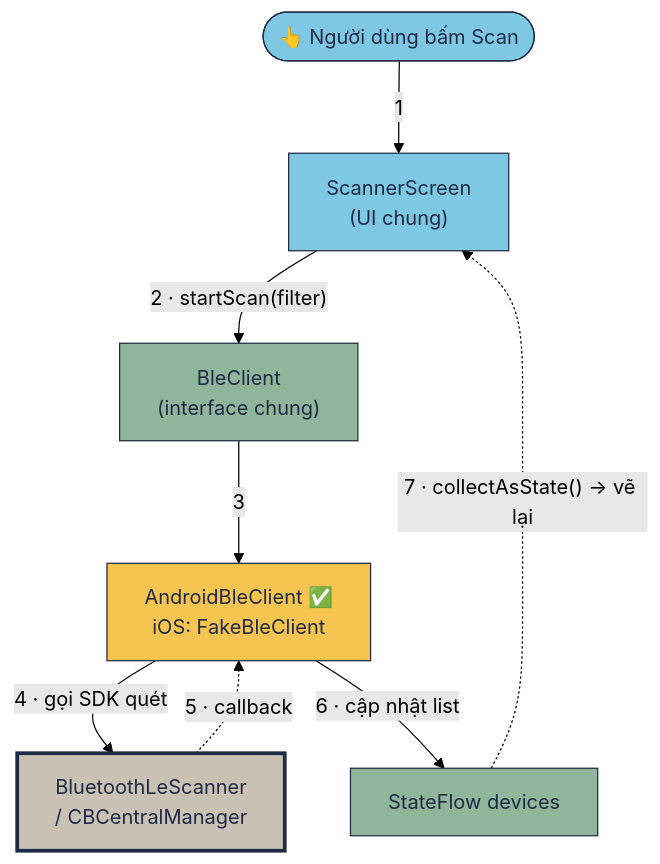
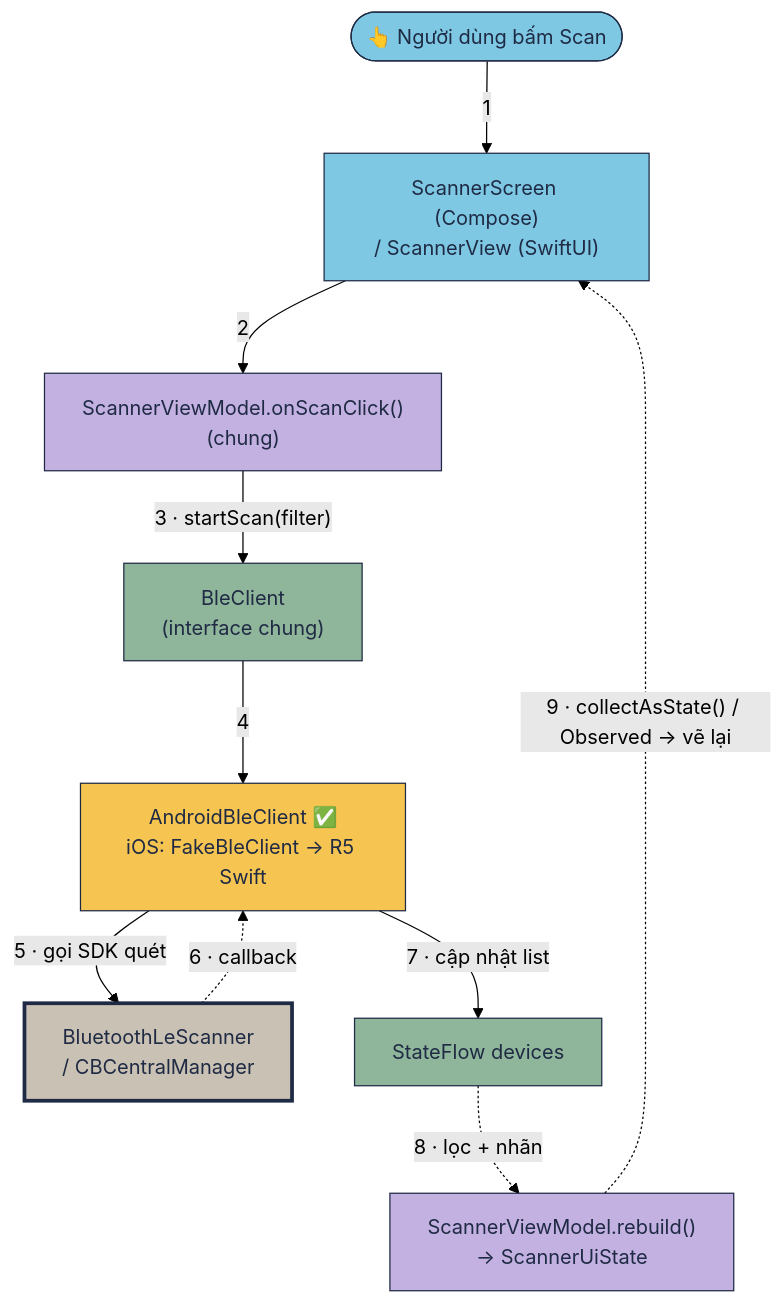
Before and after one commit to tucarmd/kotlin-multi-platform: the fourth of 5 diagrams in docs/README-KMP-HOW-IT-WORKS.md, drawn with Mermaid (forest theme). The commit also changed other lines of this file and 16 other files, not shown here.

First line of the commit message:
docs(site): R6 — docs follow the native-UI architecture (Jetpack Compose · SwiftUI on shared ViewModels)

````diff
--- a/docs/README-KMP-HOW-IT-WORKS.md
+++ b/docs/README-KMP-HOW-IT-WORKS.md
@@ -126,24 +126,30 @@
 ```mermaid
 flowchart TB
     U(["👆 Người dùng bấm Scan"])
-    S["ScannerScreen<br/>(UI chung)"]
+    S["ScannerScreen (Compose)<br/>/ ScannerView (SwiftUI)"]
+    V["ScannerViewModel.onScanClick()<br/>(chung)"]
     B["BleClient<br/>(interface chung)"]
-    I["AndroidBleClient ✅<br/>iOS: FakeBleClient"]
+    I["AndroidBleClient ✅<br/>iOS: FakeBleClient → R5 Swift"]
     SDK["BluetoothLeScanner<br/>/ CBCentralManager"]
     F["StateFlow devices"]
+    ST["ScannerViewModel.rebuild()<br/>→ ScannerUiState"]
     U -- "1" --> S
-    S -- "2 · startScan(filter)" --> B
-    B -- "3" --> I
-    I -- "4 · gọi SDK quét" --> SDK
-    SDK -. "5 · callback" .-> I
-    I -- "6 · cập nhật list" --> F
-    F -. "7 · collectAsState() → vẽ lại" .-> S
+    S -- "2" --> V
+    V -- "3 · startScan(filter)" --> B
+    B -- "4" --> I
+    I -- "5 · gọi SDK quét" --> SDK
+    SDK -. "6 · callback" .-> I
+    I -- "7 · cập nhật list" --> F
+    F -. "8 · lọc + nhãn" .-> ST
+    ST -. "9 · collectAsState() / Observed → vẽ lại" .-> S
     classDef ui fill:#7EC8E3,stroke:#1F2A44,color:#1F2A44
+    classDef vm fill:#C3B1E1,stroke:#1F2A44,color:#1F2A44
     classDef kmp fill:#8FB59A,stroke:#1F2A44,color:#1F2A44
     classDef plat fill:#F5C451,stroke:#1F2A44,color:#1F2A44
     classDef sdk fill:#C9C1B3,stroke:#1F2A44,color:#1F2A44,stroke-width:3px
     class U,S ui
+    class V,ST vm
     class B,F kmp
     class I plat
     class SDK sdk
 ```
````
